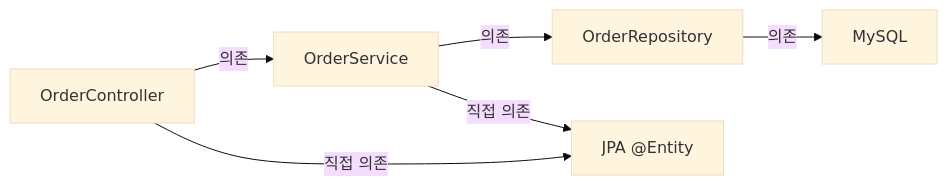
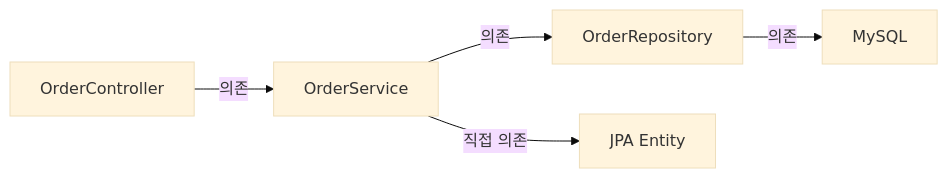
The third of 9 diagrams in _posts/architecture/2026-05-12-layered-clean-onion.md (yjkim2015/yjkim2015.github.io), drawn with Mermaid (base theme) before and after one commit. The commit also changed other lines of this file and 26 other files, not shown here.

````diff
--- a/_posts/architecture/2026-05-12-layered-clean-onion.md
+++ b/_posts/architecture/2026-05-12-layered-clean-onion.md
@@ -64,9 +208,7 @@
 ```mermaid
 graph LR
-    Controller["OrderController"] -->|의존| Service["OrderService"]
-    Service -->|의존| Repository["OrderRepository"]
-    Repository -->|의존| MySQL["MySQL"]
-
-    Service -->|직접 의존| JPA["JPA @Entity"]
-    Controller -->|직접 의존| JPA
+    CT["OrderController"] -->|의존| SV["OrderService"]
+    SV -->|의존| RP["OrderRepository"]
+    RP -->|의존| MY["MySQL"]
+    SV -->|직접 의존| JP["JPA Entity"]
 ```
````
